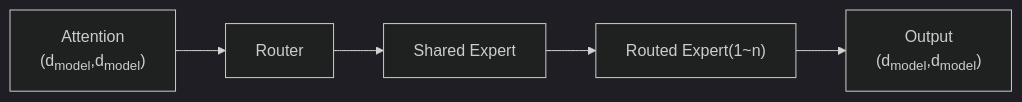
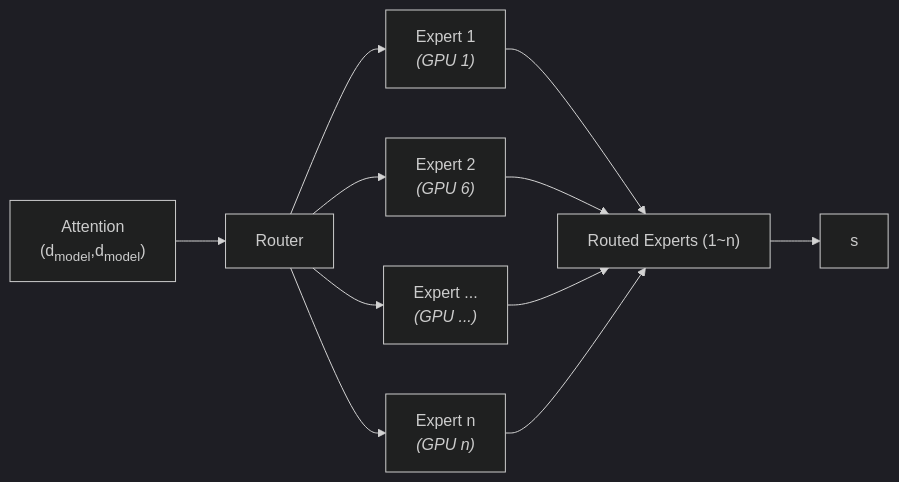
The fourth of 16 diagrams in index.md (ChrisZhu2050/chriszhu2050.github.io), drawn with Mermaid (dark theme) before and after one commit.

````diff
--- a/index.md
+++ b/index.md
@@ -180,8 +180,16 @@
       ```mermaid
-      graph LR
+      flowchart LR
+          
           G["`Attention
           (d<sub>model</sub>,d<sub>model</sub>)`"]  --> 
-          A["`Router`"]  --> B["`Shared Expert`"] --> D["`Routed Expert(1~n)
-          `"] --> E["`Output
-          (d<sub>model</sub>,d<sub>model</sub>)`"]
+          A["`Router`"]  --> B["`Expert 1
+          *(GPU 1)*
+          `"] & B1["`Expert 2
+          *(GPU 6)*
+          `"] & B2["`Expert ...
+          *(GPU ...)*
+          `"] &  B3["`Expert n
+          *(GPU n)*
+          `"] --> D["`Routed Experts (1~n)
+          `"] --> E["`s`"]
       ```   
````
